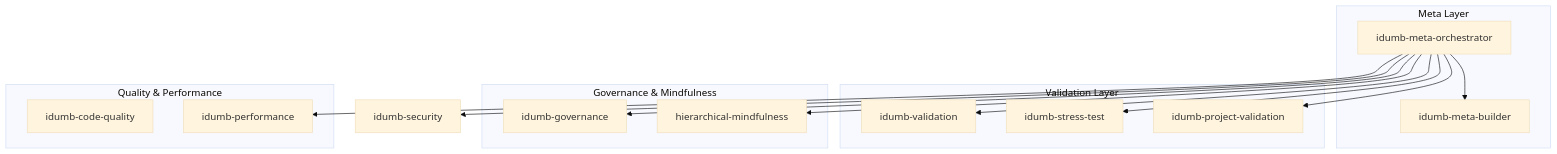
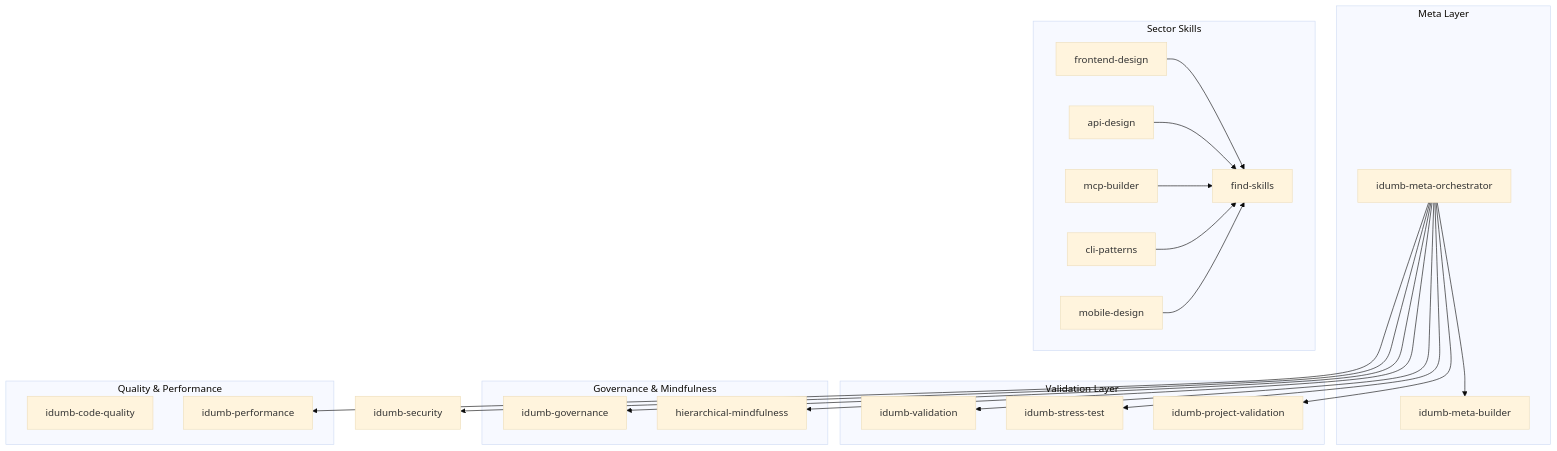
Before and after one commit to shynlee04/idumb-plugin: the second of 12 diagrams in .qoder/repowiki/en/content/Skill System/Skill Architecture Overview.md, drawn with Mermaid (base theme). The commit also changed other lines of this file and 19 other files, not shown here.

````diff
--- a/.qoder/repowiki/en/content/Skill System/Skill Architecture Overview.md
+++ b/.qoder/repowiki/en/content/Skill System/Skill Architecture Overview.md
@@ -40,28 +100,41 @@
 ```mermaid
 graph TB
 subgraph "Meta Layer"
 Orchestrator["idumb-meta-orchestrator"]
 MetaBuilder["idumb-meta-builder"]
 end
 subgraph "Validation Layer"
 Validation["idumb-validation"]
 StressTest["idumb-stress-test"]
 ProjectValidation["idumb-project-validation"]
 end
 subgraph "Governance & Mindfulness"
 Governance["idumb-governance"]
 Mindfulness["hierarchical-mindfulness"]
 end
 subgraph "Quality & Performance"
 CodeQuality["idumb-code-quality"]
 Performance["idumb-performance"]
 end
+subgraph "Sector Skills"
+Frontend["frontend-design"]
+ApiDesign["api-design"]
+McpBuilder["mcp-builder"]
+CliPatterns["cli-patterns"]
+MobileDesign["mobile-design"]
+FindSkills["find-skills"]
+end
 Orchestrator --> Security["idumb-security"]
 Orchestrator --> Validation
 Orchestrator --> Performance
 Orchestrator --> Governance
 Orchestrator --> Mindfulness
 Orchestrator --> ProjectValidation
 Orchestrator --> StressTest
 Orchestrator --> MetaBuilder
+Frontend --> FindSkills
+ApiDesign --> FindSkills
+McpBuilder --> FindSkills
+CliPatterns --> FindSkills
+MobileDesign --> FindSkills
 ```
````
